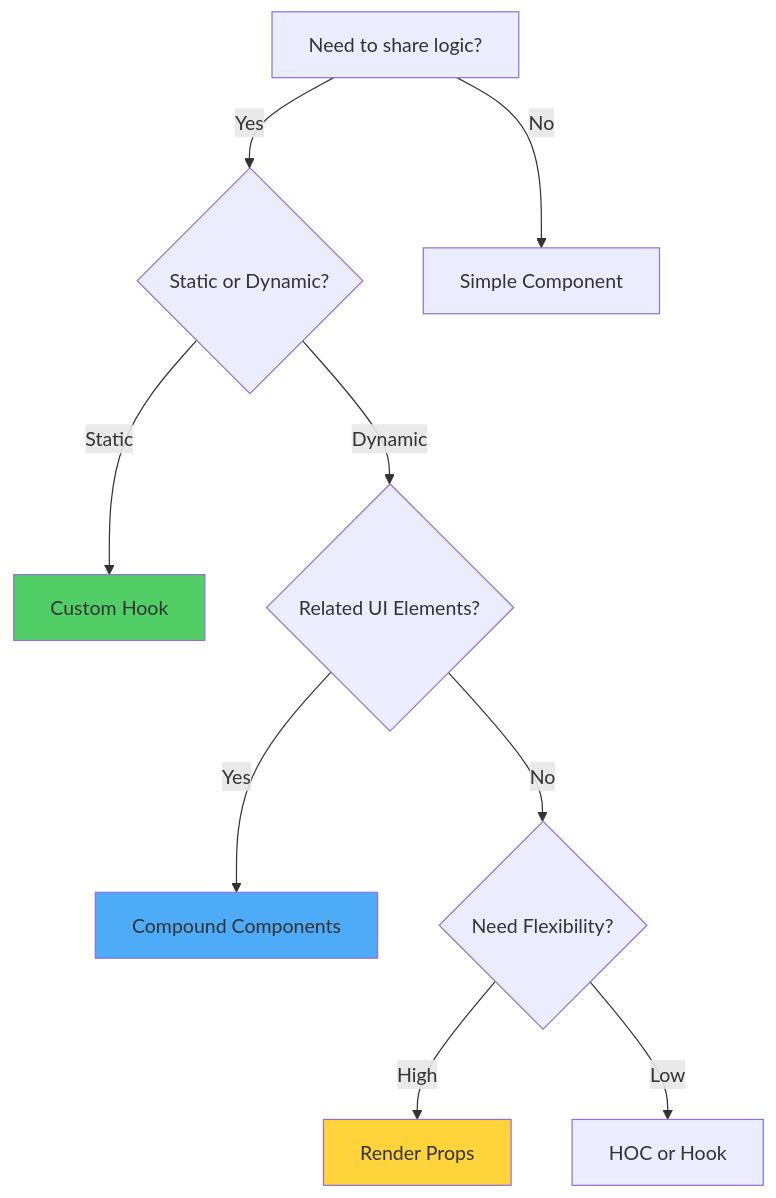
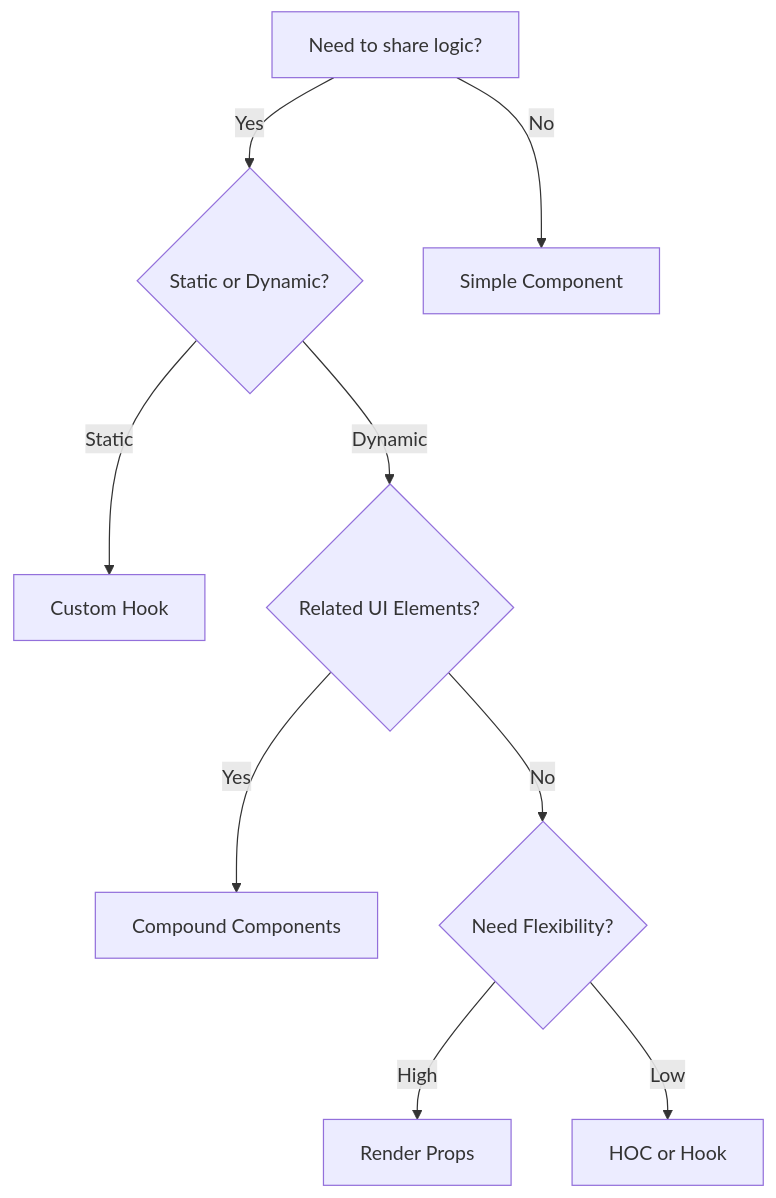
Before and after one commit to BabaScience/react-guides: diagram 11 of 12 in arguments/chapters/03-component-patterns-best-practices.md, drawn with Mermaid. The commit also changed other lines of this file and 29 other files, not shown here.

First line of the commit message:
Bring React FR/IT translations to full English parity + theme-safe diagrams

````diff
--- a/arguments/chapters/03-component-patterns-best-practices.md
+++ b/arguments/chapters/03-component-patterns-best-practices.md
@@ -2561,18 +2531,15 @@
 ```mermaid
 graph TD
     A[Need to share logic?] -->|Yes| B{Static or Dynamic?}
     A -->|No| C[Simple Component]
     
     B -->|Static| D[Custom Hook]
     B -->|Dynamic| E{Related UI Elements?}
     
     E -->|Yes| F[Compound Components]
     E -->|No| G{Need Flexibility?}
     
     G -->|High| H[Render Props]
     G -->|Low| I[HOC or Hook]
     
-    style D fill:#51cf66
-    style F fill:#4dabf7
-    style H fill:#ffd43b
 ```
````
